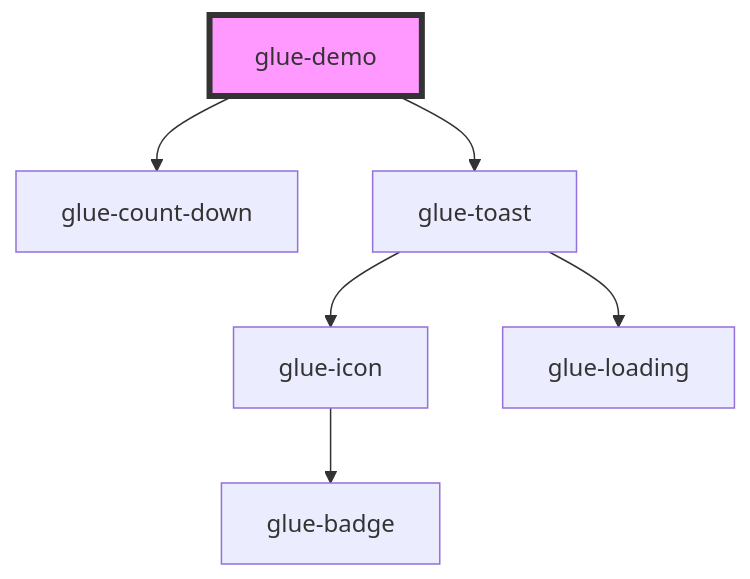
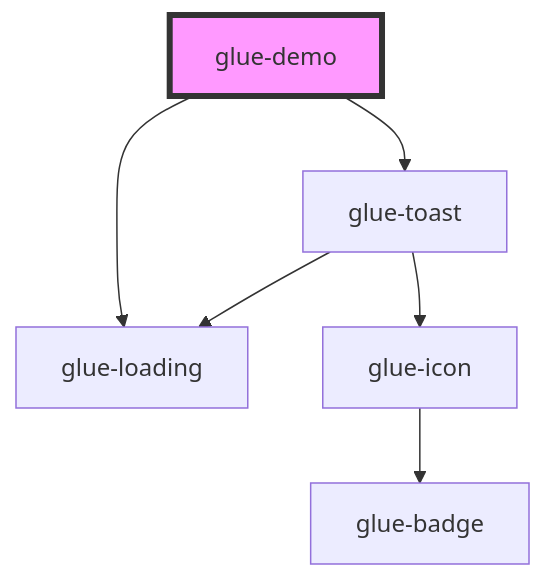
The diagram in packages/glue-components/src/components/glue-demo/readme.md (grasilife/glue), drawn with Mermaid before and after one commit. The commit also changed other lines of this file and 17 other files, not shown here.

````diff
--- a/packages/glue-components/src/components/glue-demo/readme.md
+++ b/packages/glue-components/src/components/glue-demo/readme.md
@@ -16,9 +16,9 @@
 ```mermaid
 graph TD;
-  glue-demo --> glue-count-down
+  glue-demo --> glue-loading
   glue-demo --> glue-toast
   glue-toast --> glue-icon
   glue-toast --> glue-loading
   glue-icon --> glue-badge
   style glue-demo fill:#f9f,stroke:#333,stroke-width:4px
 ```
````
